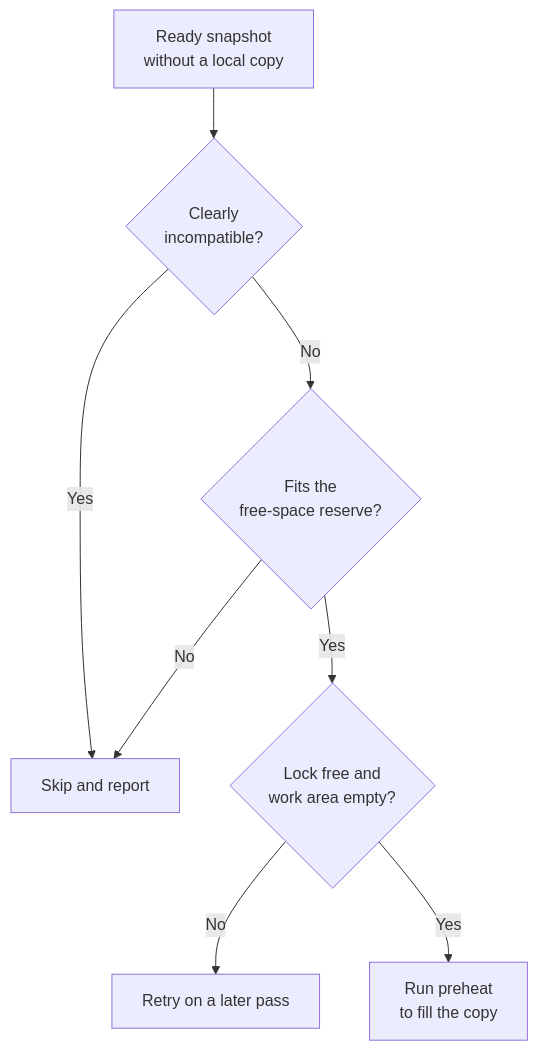
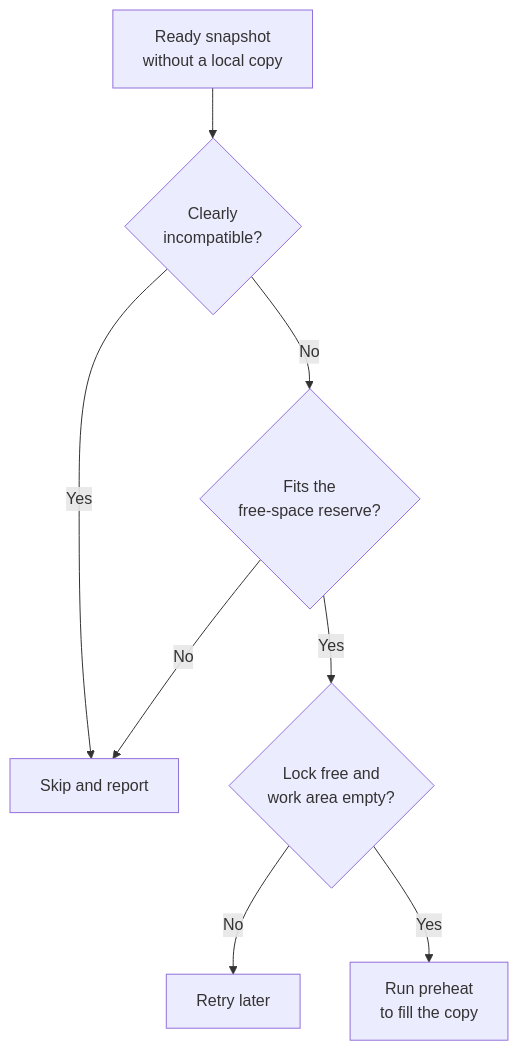
The fifth of 5 diagrams in docs/design/644-node-cache/README.md (ai-dynamo/snapshot), drawn with Mermaid before and after one commit. The commit also changed other lines of this file, not shown here.

````diff
--- a/docs/design/644-node-cache/README.md
+++ b/docs/design/644-node-cache/README.md
@@ -347,10 +356,10 @@
 ```mermaid
 flowchart TD
     A["Ready snapshot<br/>without a local copy"] --> B{"Clearly<br/>incompatible?"}
     B -->|"Yes"| S["Skip and report"]
     B -->|"No"| C{"Fits the<br/>free-space reserve?"}
     C -->|"No"| S
     C -->|"Yes"| D{"Lock free and<br/>work area empty?"}
-    D -->|"No"| W["Retry on a later pass"]
+    D -->|"No"| W["Retry later"]
     D -->|"Yes"| E["Run preheat<br/>to fill the copy"]
 ```
````
